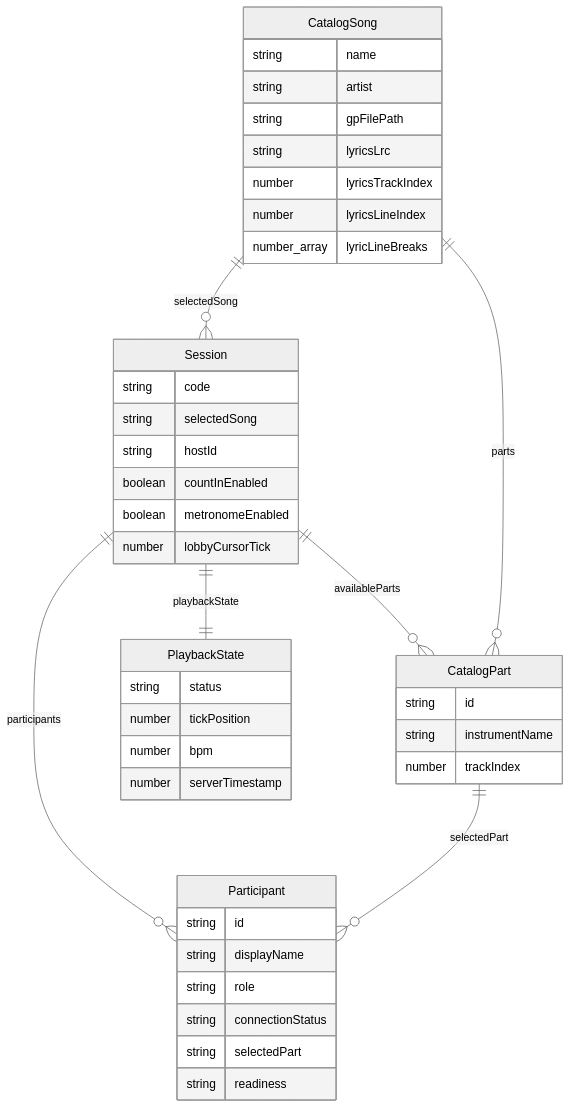
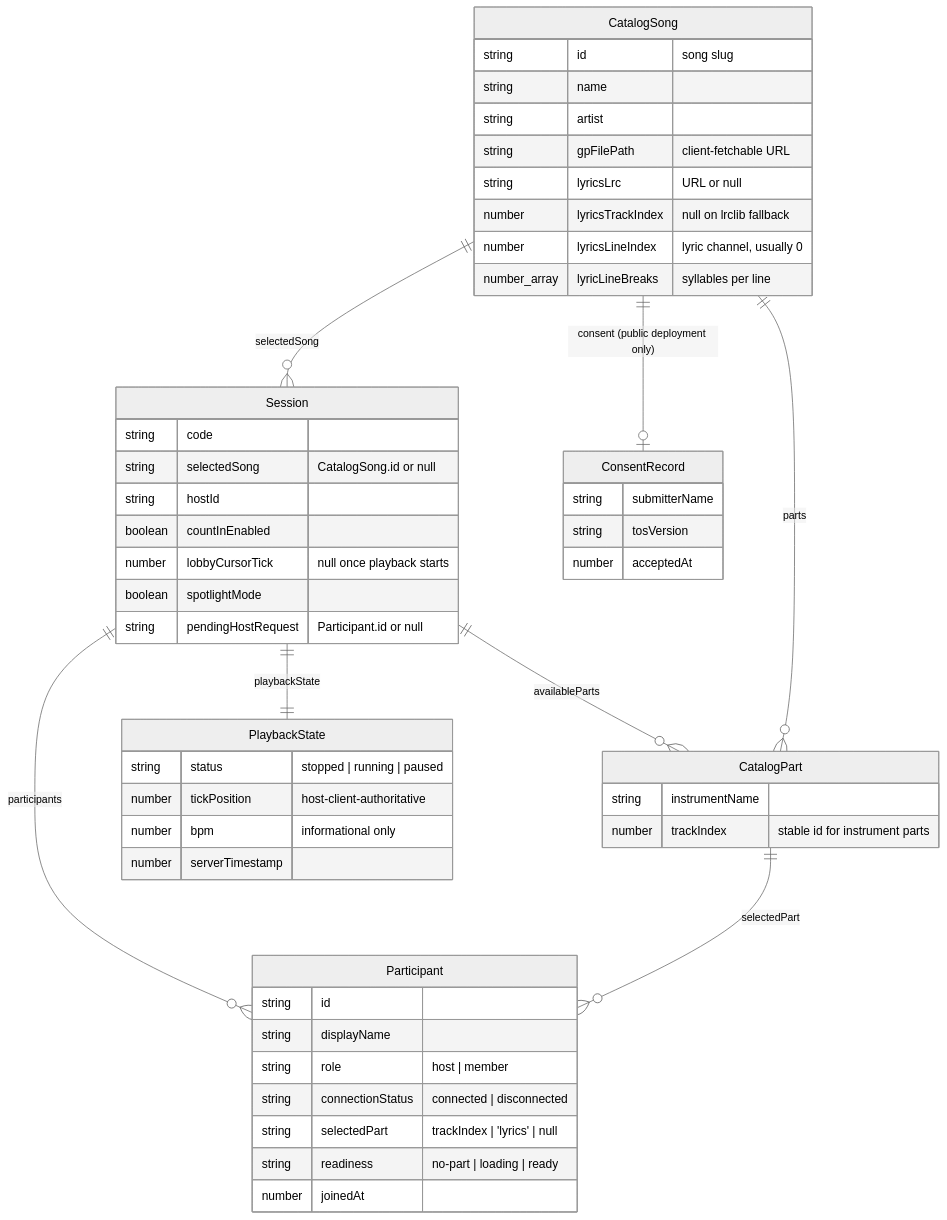
One commit to kinda-bad/sync-tab-scroll changed the first of 3 diagrams in README.md. Above: the diagram before and after it, drawn with Mermaid (neutral theme). The commit also changed other lines of this file and 9 other files, not shown here.

First line of the commit message:
docs(project): verify/plan outputs, STATUS refresh, re-rendered diagrams

````diff
--- a/README.md
+++ b/README.md
@@ -10,50 +10,59 @@
 ```mermaid
 erDiagram
     Session ||--o{ Participant : "participants"
     Session ||--o{ CatalogPart : "availableParts"
     Session ||--|| PlaybackState : "playbackState"
     CatalogSong ||--o{ CatalogPart : "parts"
     CatalogSong ||--o{ Session : "selectedSong"
     CatalogPart ||--o{ Participant : "selectedPart"
+    CatalogSong ||--o| ConsentRecord : "consent (public deployment only)"
 
     Session {
         string code
-        string selectedSong
+        string selectedSong "CatalogSong.id or null"
         string hostId
         boolean countInEnabled
-        boolean metronomeEnabled
-        number lobbyCursorTick
+        number lobbyCursorTick "null once playback starts"
+        boolean spotlightMode
+        string pendingHostRequest "Participant.id or null"
     }
 
     Participant {
         string id
         string displayName
-        string role
-        string connectionStatus
-        string selectedPart
-        string readiness
+        string role "host | member"
+        string connectionStatus "connected | disconnected"
+        string selectedPart "trackIndex | 'lyrics' | null"
+        string readiness "no-part | loading | ready"
+        number joinedAt
     }
 
     CatalogSong {
+        string id "song slug"
         string name
         string artist
-        string gpFilePath
-        string lyricsLrc
-        number lyricsTrackIndex
-        number lyricsLineIndex
-        number_array lyricLineBreaks
+        string gpFilePath "client-fetchable URL"
+        string lyricsLrc "URL or null"
+        number lyricsTrackIndex "null on lrclib fallback"
+        number lyricsLineIndex "lyric channel, usually 0"
+        number_array lyricLineBreaks "syllables per line"
     }
 
     CatalogPart {
-        string id
         string instrumentName
-        number trackIndex
+        number trackIndex "stable id for instrument parts"
     }
 
     PlaybackState {
-        string status
-        number tickPosition
-        number bpm
+        string status "stopped | running | paused"
+        number tickPosition "host-client-authoritative"
+        number bpm "informational only"
         number serverTimestamp
     }
+
+    ConsentRecord {
+        string submitterName
+        string tosVersion
+        number acceptedAt
+    }
 ```
````
